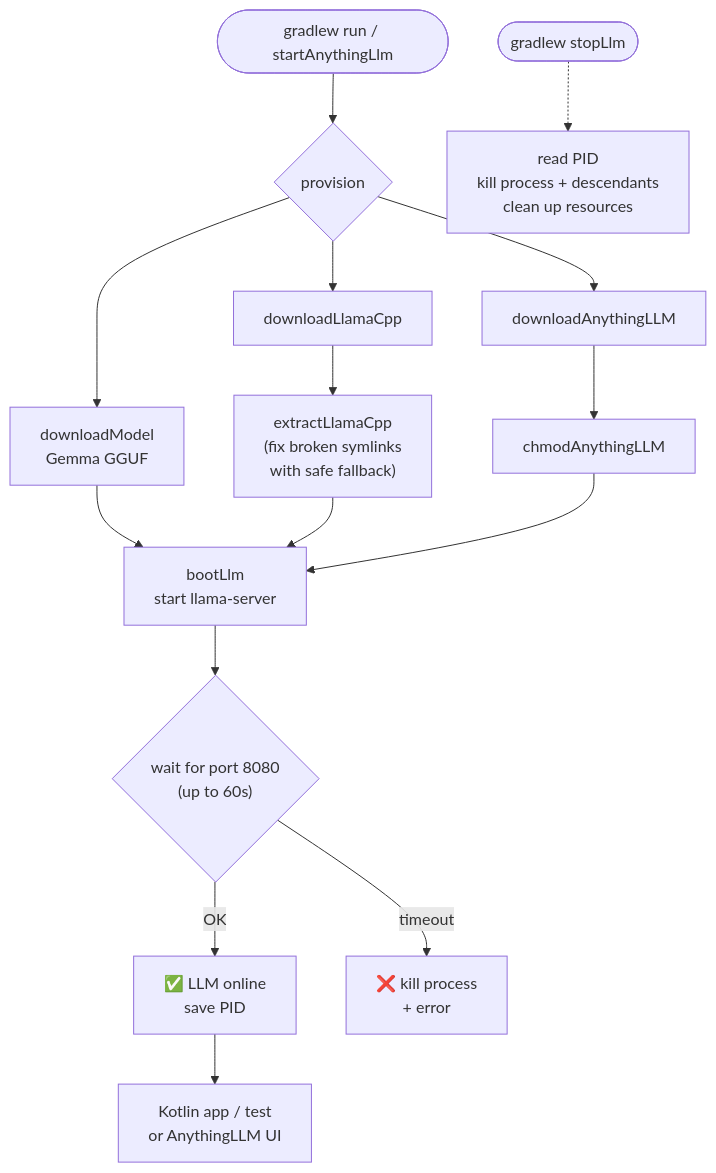
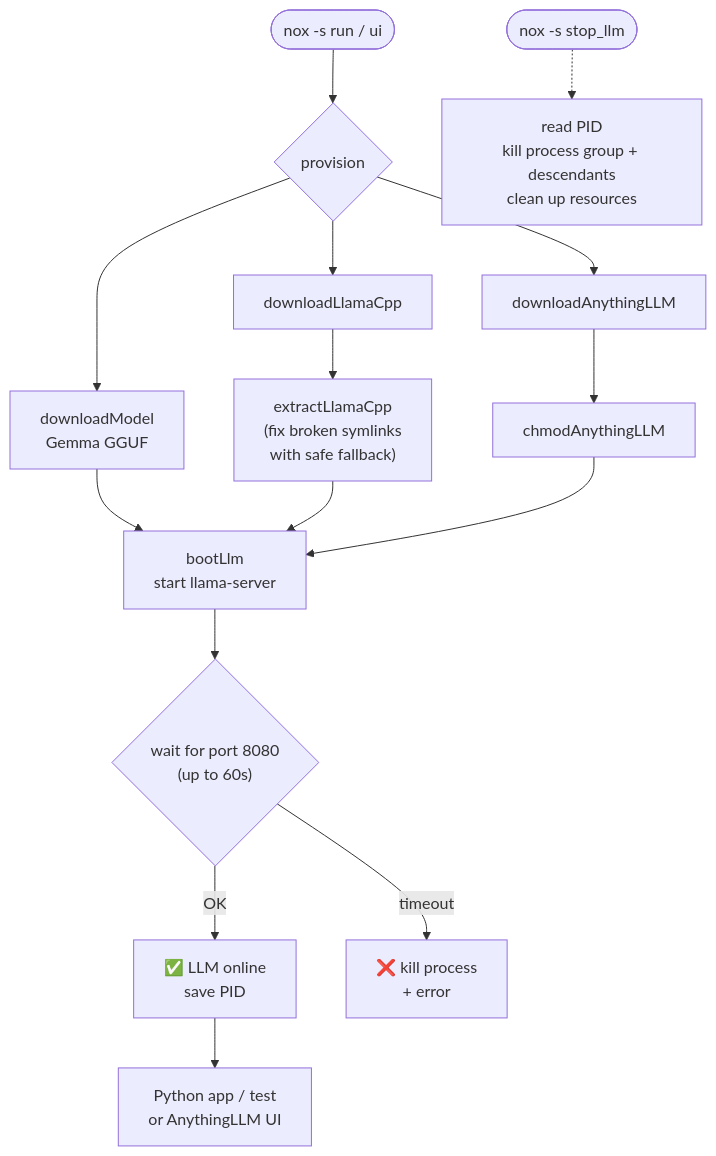
Before and after one commit to stutek/LocalCounsel: the second of 4 diagrams in docs/ARCHITECTURE.md, drawn with Mermaid. The commit also changed other lines of this file and 16 other files, not shown here.

First line of the commit message:
Port build + app from Gradle/Kotlin to Python + nox

````diff
--- a/docs/ARCHITECTURE.md
+++ b/docs/ARCHITECTURE.md
@@ -81,23 +81,23 @@
 ```mermaid
 flowchart TD
-    START([gradlew run / startAnythingLlm]) --> P{provision}
+    START([nox -s run / ui]) --> P{provision}
 
     P --> DM["downloadModel<br/>Gemma GGUF"]
     P --> DL["downloadLlamaCpp"]
     P --> DA["downloadAnythingLLM"]
 
     DL --> EX["extractLlamaCpp<br/>(fix broken symlinks<br/>with safe fallback)"]
     DA --> CH["chmodAnythingLLM"]
 
     DM --> BL
     EX --> BL
     CH --> BL
 
     BL["bootLlm<br/>start llama-server"] --> WAIT{"wait for port 8080<br/>(up to 60s)"}
     WAIT -->|"OK"| READY["✅ LLM online<br/>save PID"]
     WAIT -->|"timeout"| FAIL["❌ kill process<br/>+ error"]
 
-    READY --> APP["Kotlin app / test<br/>or AnythingLLM UI"]
+    READY --> APP["Python app / test<br/>or AnythingLLM UI"]
 
-    STOP([gradlew stopLlm]) -.-> KILL["read PID<br/>kill process + descendants<br/>clean up resources"]
+    STOP([nox -s stop_llm]) -.-> KILL["read PID<br/>kill process group + descendants<br/>clean up resources"]
 ```
````
